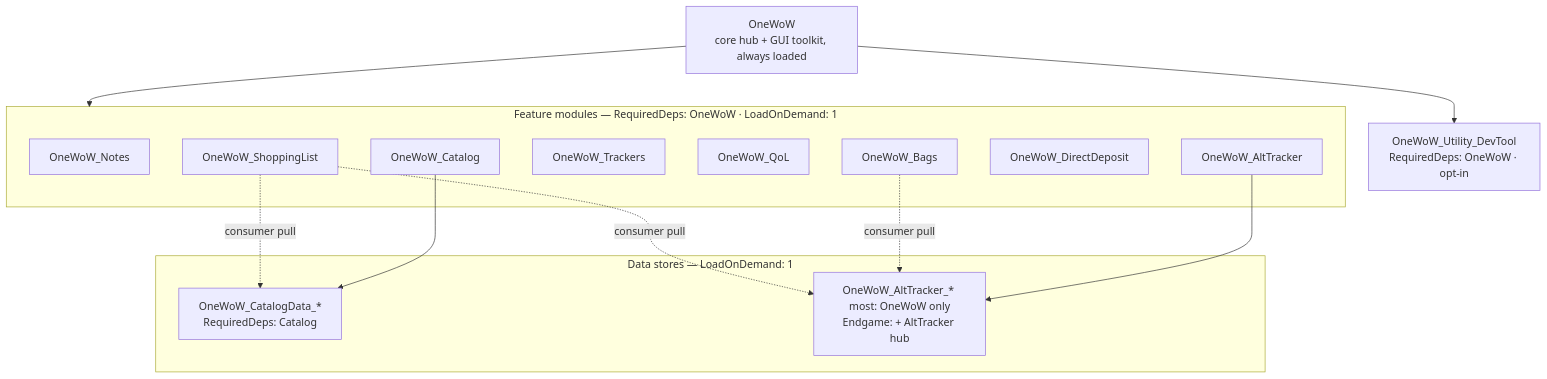
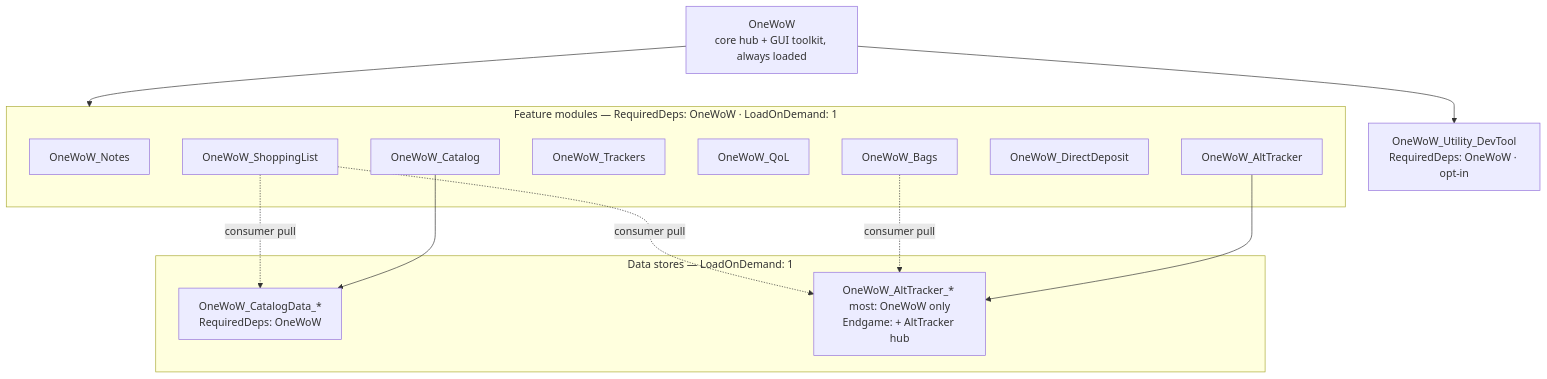
One commit to MichinMigugin/OneWoW_Suite changed the diagram in OneWoW/Docs/ARCHITECTURE.md. Above: the diagram before and after it, drawn with Mermaid. The commit also changed other lines of this file and 28 other files, not shown here.

First line of the commit message:
feat(OneWoW): introduce ItemDataLoader service and refactor Catalog dependencies

````diff
--- a/OneWoW/Docs/ARCHITECTURE.md
+++ b/OneWoW/Docs/ARCHITECTURE.md
@@ -41,29 +41,29 @@
 ```mermaid
 flowchart TB
     OW[OneWoW<br/>core hub + GUI toolkit, always loaded]
 
     subgraph Modules [Feature modules — RequiredDeps: OneWoW · LoadOnDemand: 1]
         Notes[OneWoW_Notes]
         AltTracker[OneWoW_AltTracker]
         Catalog[OneWoW_Catalog]
         Trackers[OneWoW_Trackers]
         QoL[OneWoW_QoL]
         ShoppingList[OneWoW_ShoppingList]
         DirectDeposit[OneWoW_DirectDeposit]
         Bags[OneWoW_Bags]
     end
     OW --> Modules
 
     subgraph Stores [Data stores — LoadOnDemand: 1]
-        CatalogData[OneWoW_CatalogData_*<br/>RequiredDeps: Catalog]
+        CatalogData[OneWoW_CatalogData_*<br/>RequiredDeps: OneWoW]
         AltData[OneWoW_AltTracker_* most: OneWoW only<br/>Endgame: + AltTracker hub]
     end
     Catalog --> CatalogData
     AltTracker --> AltData
     Bags -.->|consumer pull| AltData
     ShoppingList -.->|consumer pull| AltData
     ShoppingList -.->|consumer pull| CatalogData
 
     DevTool[OneWoW_Utility_DevTool<br/>RequiredDeps: OneWoW · opt-in]
     OW --> DevTool
 ```
````
